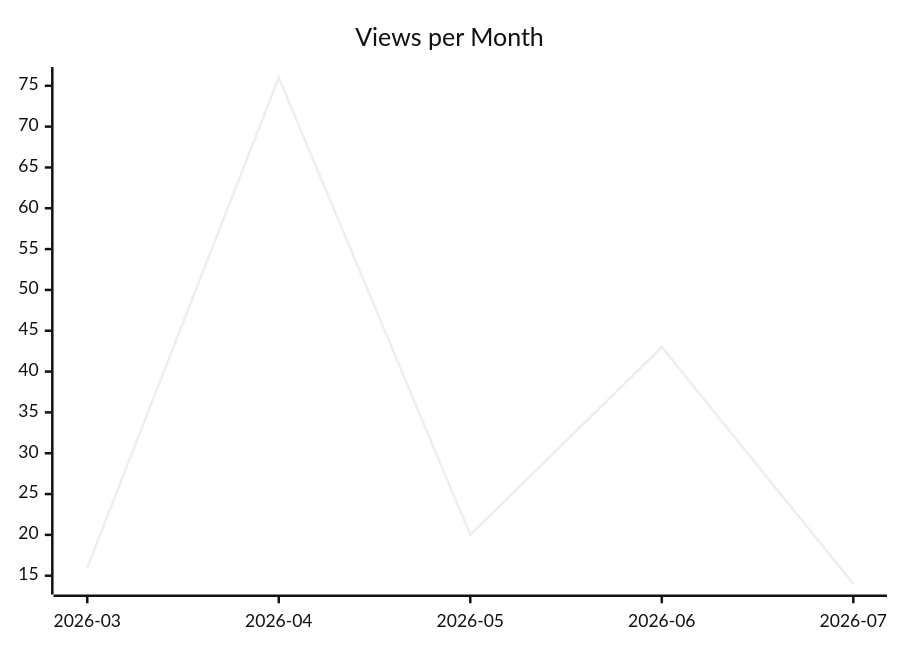
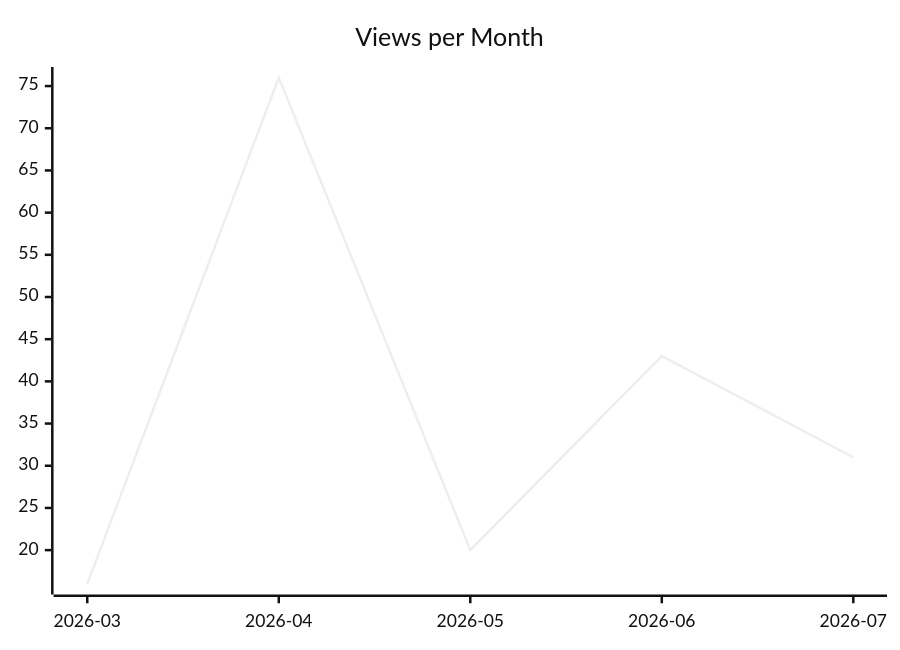
One commit to justdavis-family/github-analytics-data changed the second of 3 diagrams in karlmdavis/ksoap2-android/README.md. Above: the diagram before and after it, drawn with Mermaid (neutral theme). The commit also changed other lines of this file and 184 other files, not shown here.

````diff
--- a/karlmdavis/ksoap2-android/README.md
+++ b/karlmdavis/ksoap2-android/README.md
@@ -12,6 +12,6 @@
 ```mermaid
 xychart-beta
   title "Views per Month"
   x-axis ["2026-03", "2026-04", "2026-05", "2026-06", "2026-07"]
-  line [16, 76, 20, 43, 14]
+  line [16, 76, 20, 43, 31]
 ```
````
